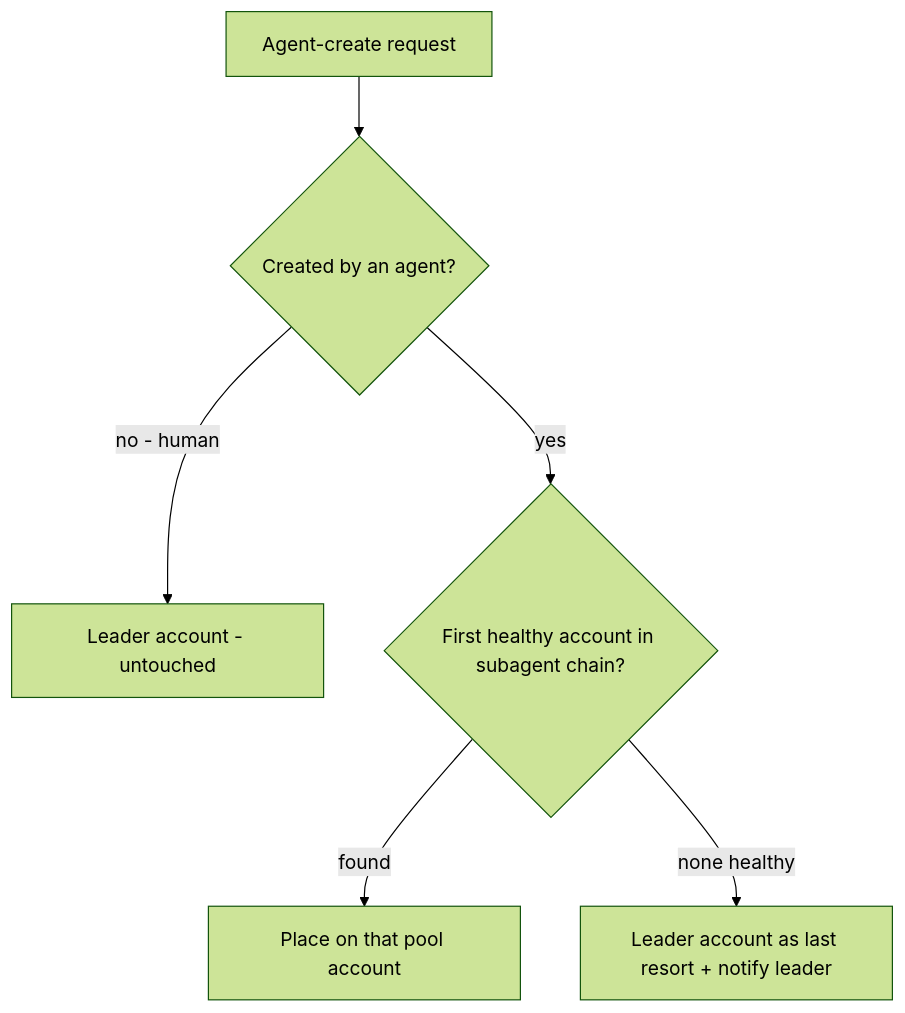
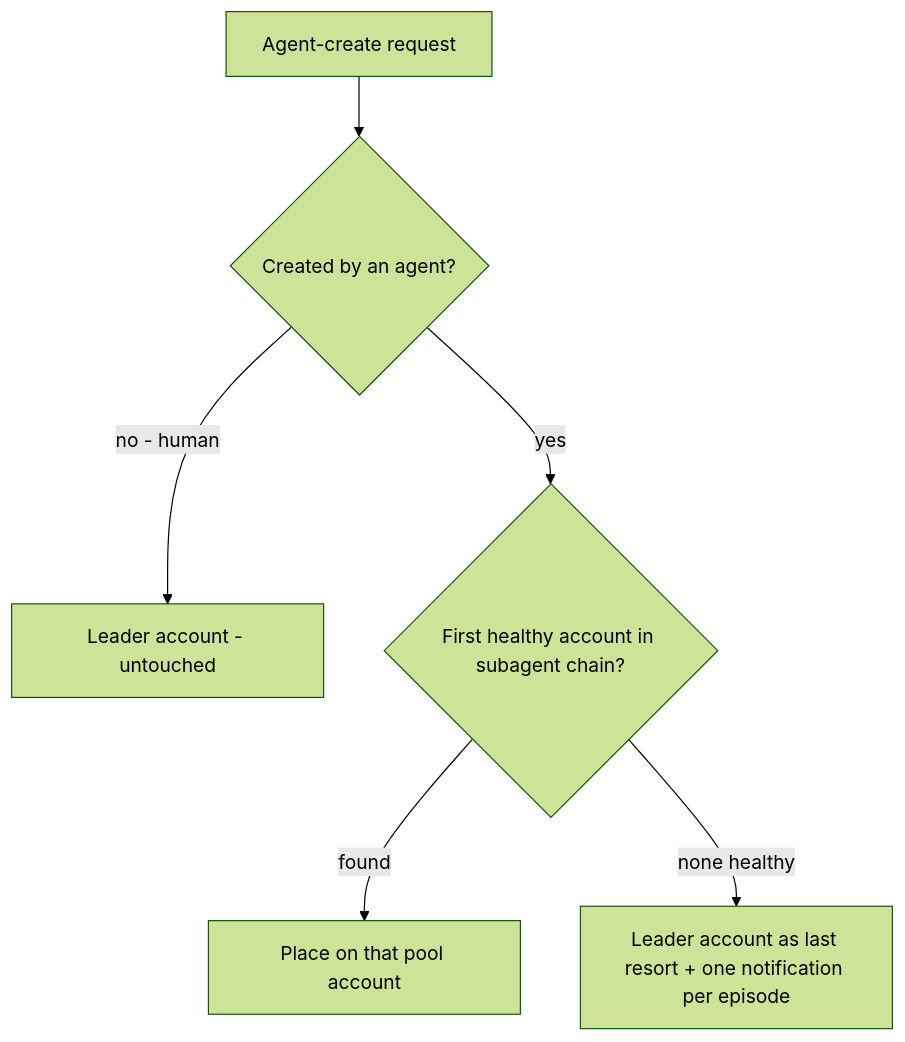
One commit to funkmastert/paseo changed the first of 3 diagrams in docs/plans/2026-09-10-001-feat-claude-account-pool-routing-plan.md. Above: the diagram before and after it, drawn with Mermaid (forest theme). The commit also changed other lines of this file, not shown here.

First line of the commit message:
docs(plans): enrich account-pool plan to implementation-ready with review fixes

````diff
--- a/docs/plans/2026-09-10-001-feat-claude-account-pool-routing-plan.md
+++ b/docs/plans/2026-09-10-001-feat-claude-account-pool-routing-plan.md
@@ -88,8 +90,8 @@
 ```mermaid
 flowchart TB
   S[Agent-create request] --> C{Created by an agent?}
   C -->|no - human| L[Leader account - untouched]
   C -->|yes| B{First healthy account in subagent chain?}
   B -->|found| P[Place on that pool account]
-  B -->|none healthy| F[Leader account as last resort + notify leader]
+  B -->|none healthy| F[Leader account as last resort + one notification per episode]
 ```
````
